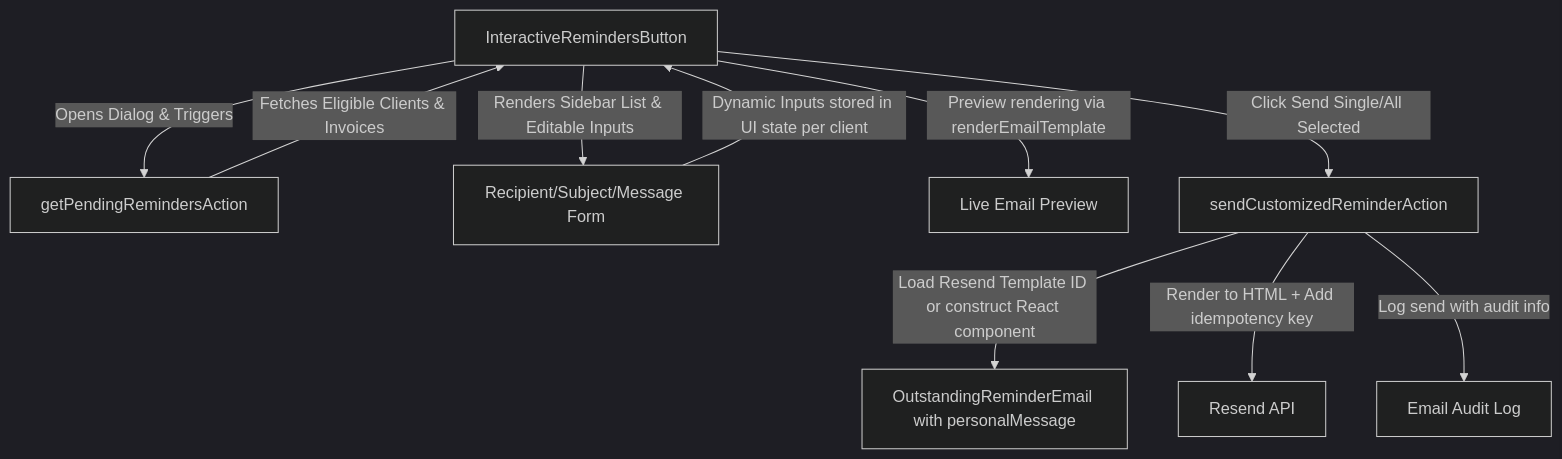
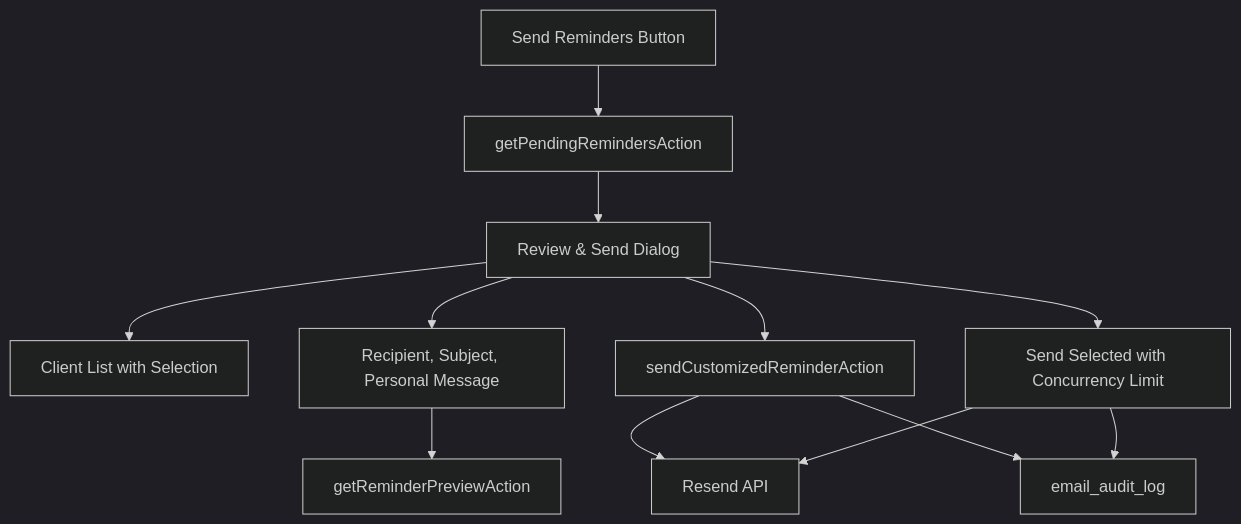
Before and after one commit to jchademwiri/pmg-hub: the diagram in docs/implementation-plans/interactive_overdue_reminders_plan.md, drawn with Mermaid (dark theme). The commit also changed other lines of this file and 12 other files, not shown here.

Commit message:
feat: implement overdue reminder email system with database audit logging and admin UI integration

````diff
--- a/docs/implementation-plans/interactive_overdue_reminders_plan.md
+++ b/docs/implementation-plans/interactive_overdue_reminders_plan.md
@@ -33,12 +69,14 @@
 ```mermaid
 graph TD
-    UI[InteractiveRemindersButton] -- Opens Dialog & Triggers --> FetchAction[getPendingRemindersAction]
-    FetchAction -- Fetches Eligible Clients & Invoices --> UI
-    UI -- Renders Sidebar List & Editable Inputs --> Form[Recipient/Subject/Message Form]
-    Form -- Dynamic Inputs stored in UI state per client --> UI
-    UI -- Preview rendering via renderEmailTemplate --> PreviewPane[Live Email Preview]
-    UI -- Click Send Single/All Selected --> SendAction[sendCustomizedReminderAction]
-    SendAction -- Load Resend Template ID or construct React component --> EmailTemplate[OutstandingReminderEmail with personalMessage]
-    SendAction -- Render to HTML + Add idempotency key --> Resend[Resend API]
-    SendAction -- Log send with audit info --> AuditLog[Email Audit Log]
+    Button[Send Reminders Button] --> Fetch[getPendingRemindersAction]
+    Fetch --> Dialog[Review & Send Dialog]
+    Dialog --> List[Client List with Selection]
+    Dialog --> Composer[Recipient, Subject, Personal Message]
+    Composer --> Preview[getReminderPreviewAction]
+    Dialog --> SendOne[sendCustomizedReminderAction]
+    Dialog --> SendMany[Send Selected with Concurrency Limit]
+    SendOne --> Resend[Resend API]
+    SendMany --> Resend
+    SendOne --> Audit[email_audit_log]
+    SendMany --> Audit
 ```
````
